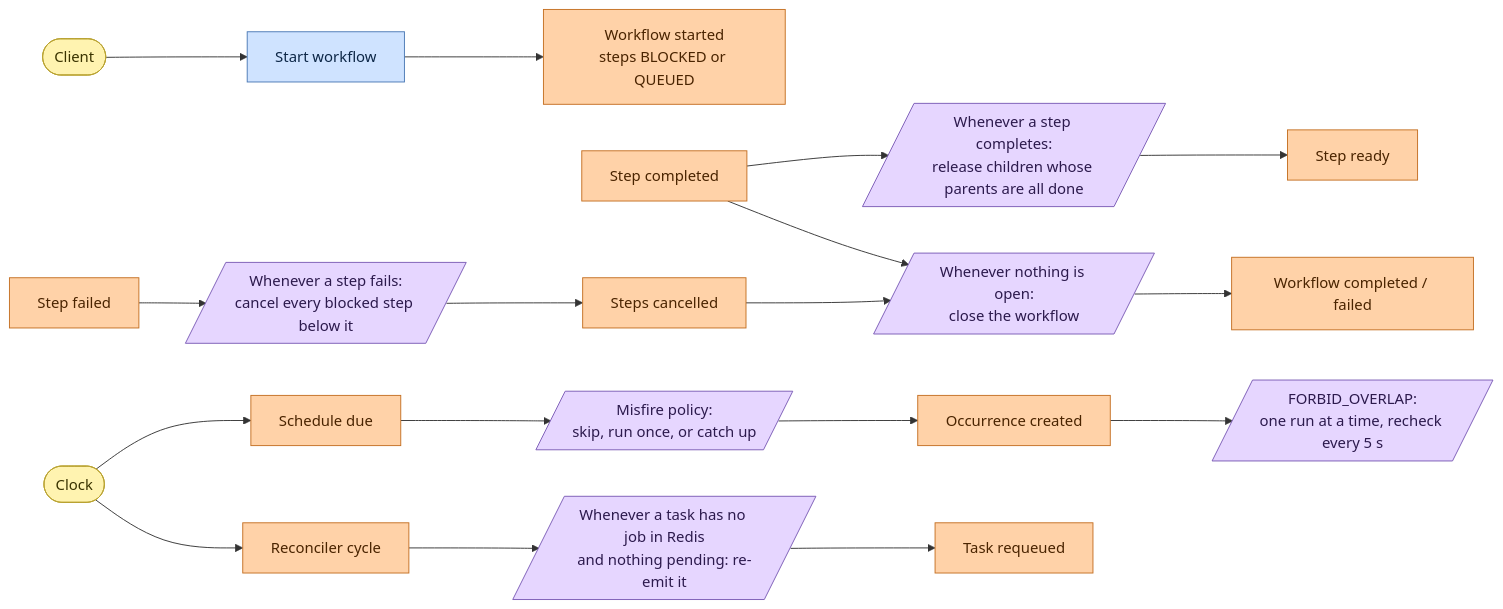
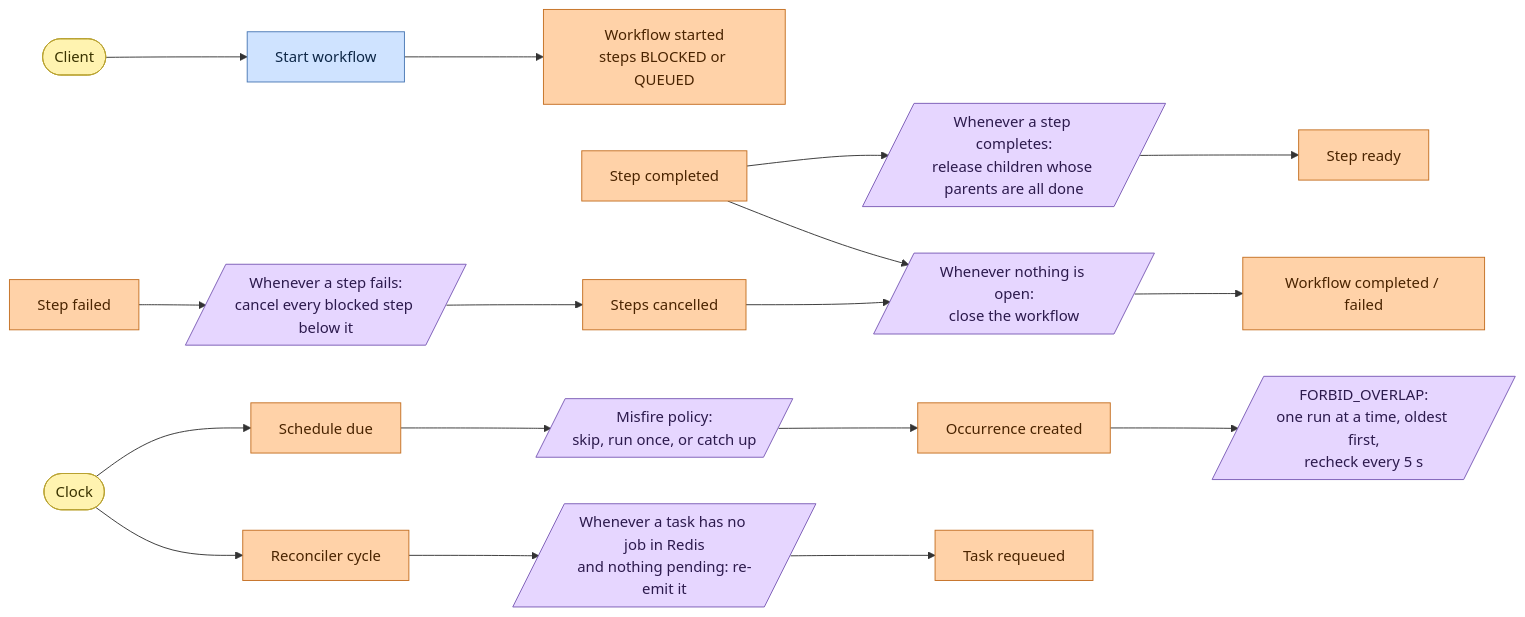
The third of 3 diagrams in docs/diagrams/06-event-storming.md (BoulosChaaya/distributed-engine), drawn with Mermaid before and after one commit. The commit also changed 8 other files, not shown here.

````diff
--- a/docs/diagrams/06-event-storming.md
+++ b/docs/diagrams/06-event-storming.md
@@ -67,26 +67,26 @@
 ```mermaid
 flowchart LR
   classDef actor fill:#fff3b0,stroke:#b8a230,color:#3a3300
   classDef cmd fill:#cfe3ff,stroke:#4a78b5,color:#0d2747
   classDef evt fill:#ffd2a8,stroke:#c46f22,color:#4a2400
   classDef pol fill:#e6d6ff,stroke:#7a5bb5,color:#2c1a4d
 
   client([Client]):::actor --> startwf[Start workflow]:::cmd
   startwf --> wfstarted[Workflow started<br/>steps BLOCKED or QUEUED]:::evt
   stepdone[Step completed]:::evt --> polrel[/"Whenever a step completes:<br/>release children whose parents are all done"/]:::pol
   polrel --> stepready[Step ready]:::evt
   stepfailed[Step failed]:::evt --> polcas[/"Whenever a step fails:<br/>cancel every blocked step below it"/]:::pol
   polcas --> stepcancelled[Steps cancelled]:::evt
   stepdone --> polfin[/"Whenever nothing is open:<br/>close the workflow"/]:::pol
   stepcancelled --> polfin
   polfin --> wfdone[Workflow completed / failed]:::evt
 
   clock([Clock]):::actor --> due[Schedule due]:::evt
   due --> polmis[/"Misfire policy:<br/>skip, run once, or catch up"/]:::pol
   polmis --> occ[Occurrence created]:::evt
-  occ --> polover[/"FORBID_OVERLAP:<br/>one run at a time, recheck every 5 s"/]:::pol
+  occ --> polover[/"FORBID_OVERLAP:<br/>one run at a time, oldest first,<br/>recheck every 5 s"/]:::pol
 
   clock --> scan[Reconciler cycle]:::evt
   scan --> polorph[/"Whenever a task has no job in Redis<br/>and nothing pending: re-emit it"/]:::pol
   polorph --> requeued2[Task requeued]:::evt
 ```
````
